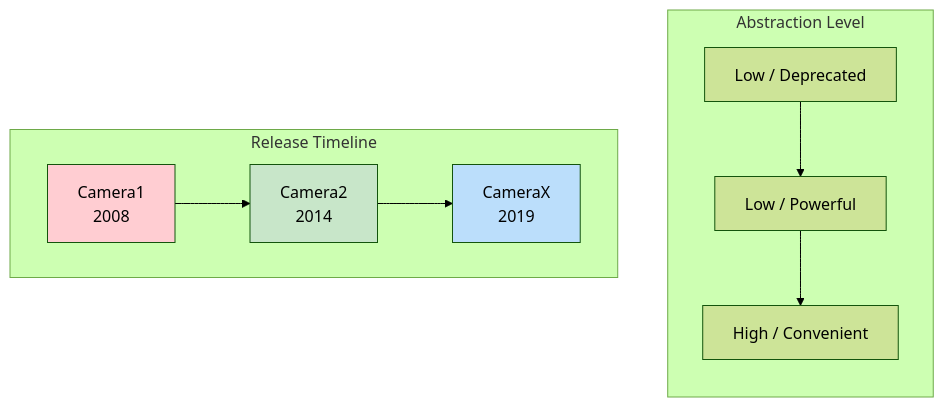
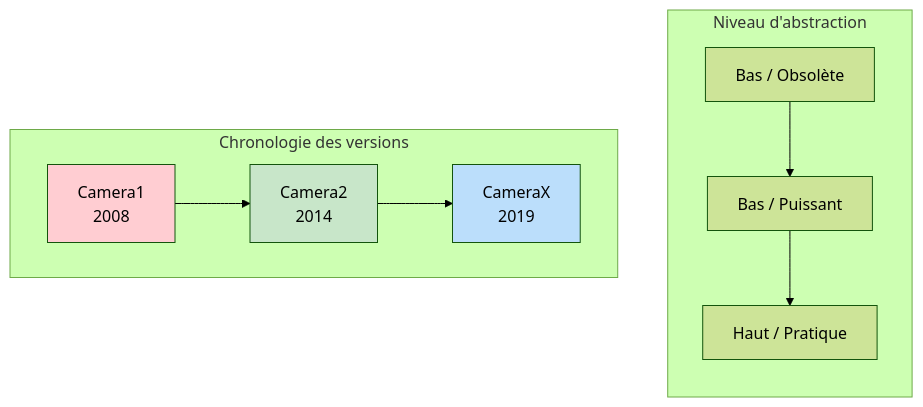
Before and after one commit to zoozooll/AndroidCameraParameters: the first of 2 diagrams in website/i18n/fr/docusaurus-plugin-content-docs/current/camera2/welcome-to-android-camera2.md, drawn with Mermaid (forest theme). The commit also changed other lines of this file and 378 other files, not shown here.

````diff
--- a/website/i18n/fr/docusaurus-plugin-content-docs/current/camera2/welcome-to-android-camera2.md
+++ b/website/i18n/fr/docusaurus-plugin-content-docs/current/camera2/welcome-to-android-camera2.md
@@ -47,18 +47,18 @@
 ```mermaid
 flowchart LR
-    subgraph YEAR ["Release Timeline"]
+    subgraph YEAR ["Chronologie des versions"]
         direction LR
         C1["Camera1<br/>2008"] --> C2["Camera2<br/>2014"] --> CX["CameraX<br/>2019"]
     end
     
-    subgraph LEVEL ["Abstraction Level"]
+    subgraph LEVEL ["Niveau d'abstraction"]
         direction TB
-        L1["Low / Deprecated"] --> L2["Low / Powerful"] --> L3["High / Convenient"]
+        L1["Bas / Obsolète"] --> L2["Bas / Puissant"] --> L3["Haut / Pratique"]
     end
     
     YEAR ~~~ LEVEL
     
     style C1 fill:#FFCDD2
     style C2 fill:#C8E6C9
     style CX fill:#BBDEFB
 ```
````
